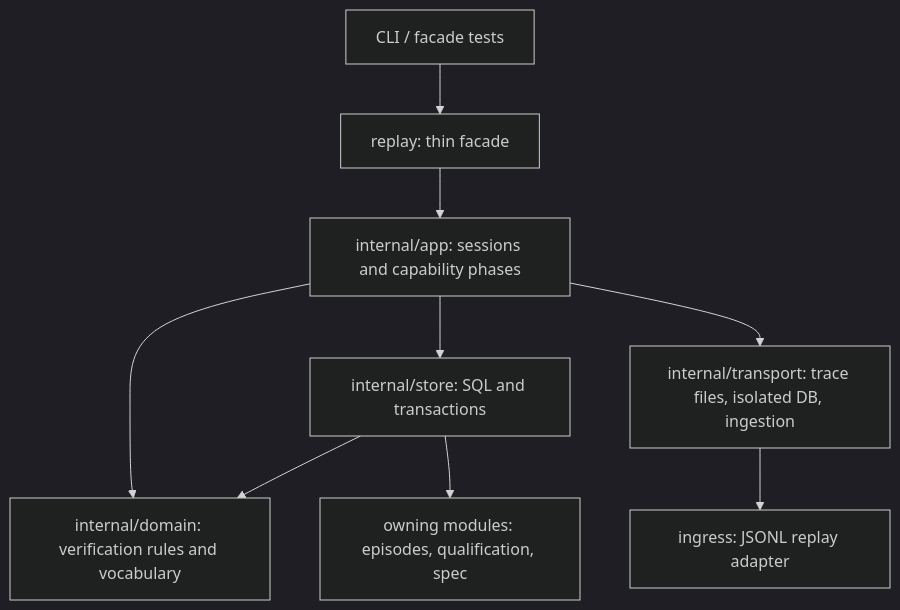
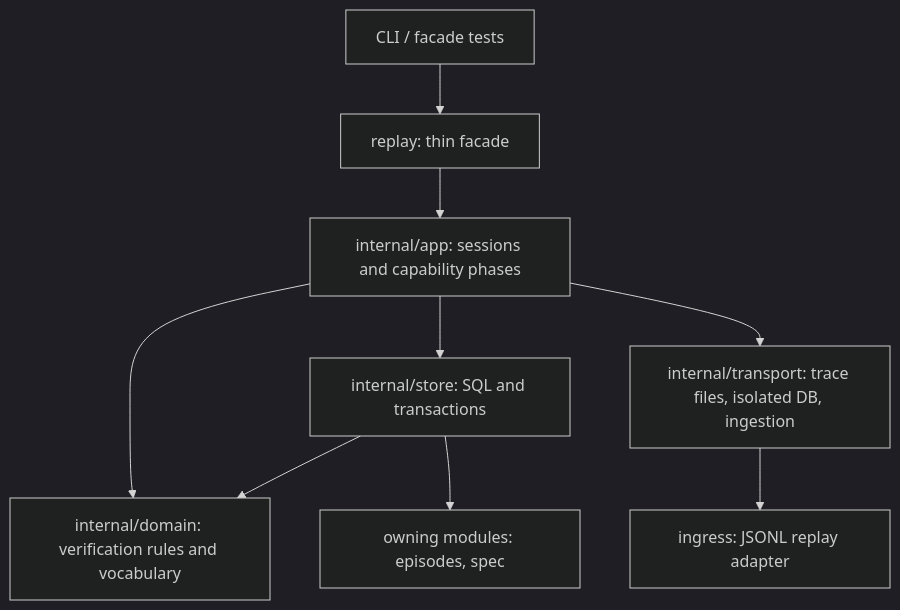
One commit to ghassan-ai-projects/agentic-stream changed the diagram in internal/replay/README.md. Above: the diagram before and after it, drawn with Mermaid (dark theme). The commit also changed other lines of this file and 49 other files, not shown here.

````diff
--- a/internal/replay/README.md
+++ b/internal/replay/README.md
@@ -10,11 +10,11 @@
 ```mermaid
 flowchart TD
     CLI["CLI / facade tests"] --> F["replay: thin facade"]
     F --> A["internal/app: sessions and capability phases"]
     A --> D["internal/domain: verification rules and vocabulary"]
     A --> S["internal/store: SQL and transactions"]
     A --> T["internal/transport: trace files, isolated DB, ingestion"]
     S --> D
-    S --> L["owning modules: episodes, qualification, spec"]
+    S --> L["owning modules: episodes, spec"]
     T --> I["ingress: JSONL replay adapter"]
 ```
````
